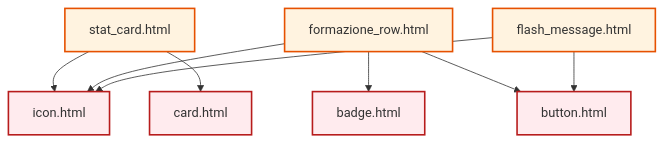
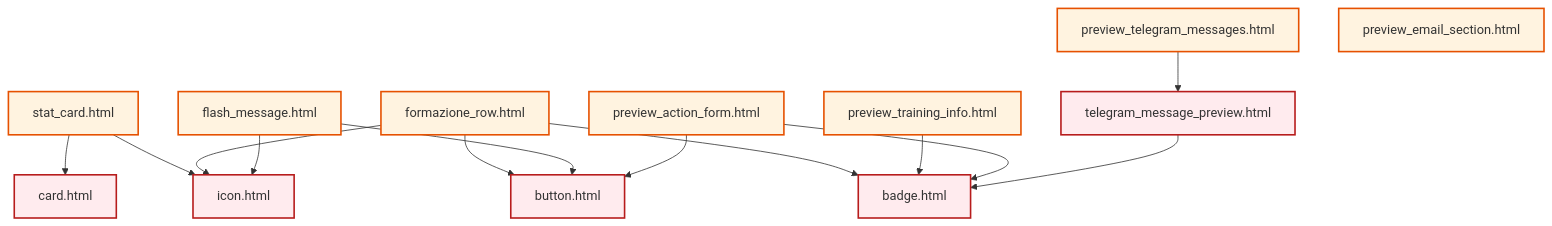
Before and after one commit to lucadileo9/Formazing: the fifth of 6 diagrams in docs/templates/dependency_graph.md, drawn with Mermaid. The commit also changed other lines of this file and 4 other files, not shown here.

````diff
--- a/docs/templates/dependency_graph.md
+++ b/docs/templates/dependency_graph.md
@@ -139,22 +162,32 @@
 ```mermaid
 graph TD
     SC[stat_card.html]:::molecule
     FR[formazione_row.html]:::molecule
     FLM[flash_message.html]:::molecule
+    PTI[preview_training_info.html]:::molecule
+    PTM[preview_telegram_messages.html]:::molecule
+    PES[preview_email_section.html]:::molecule
+    PAF[preview_action_form.html]:::molecule
     
     BTN[button.html]:::atom
     BDG[badge.html]:::atom
     CRD[card.html]:::atom
     ICN[icon.html]:::atom
+    TMP[telegram_message_preview.html]:::atom
     
     SC --> ICN
     SC --> CRD
     FR --> BDG
     FR --> BTN
     FR --> ICN
     FLM --> ICN
     FLM --> BTN
+    PTI --> BDG
+    PTM --> TMP
+    PAF --> BDG
+    PAF --> BTN
+    TMP --> BDG
     
     classDef molecule fill:#fff3e0,stroke:#e65100,stroke-width:2px
     classDef atom fill:#ffebee,stroke:#b71c1c,stroke-width:2px
 ```
````
